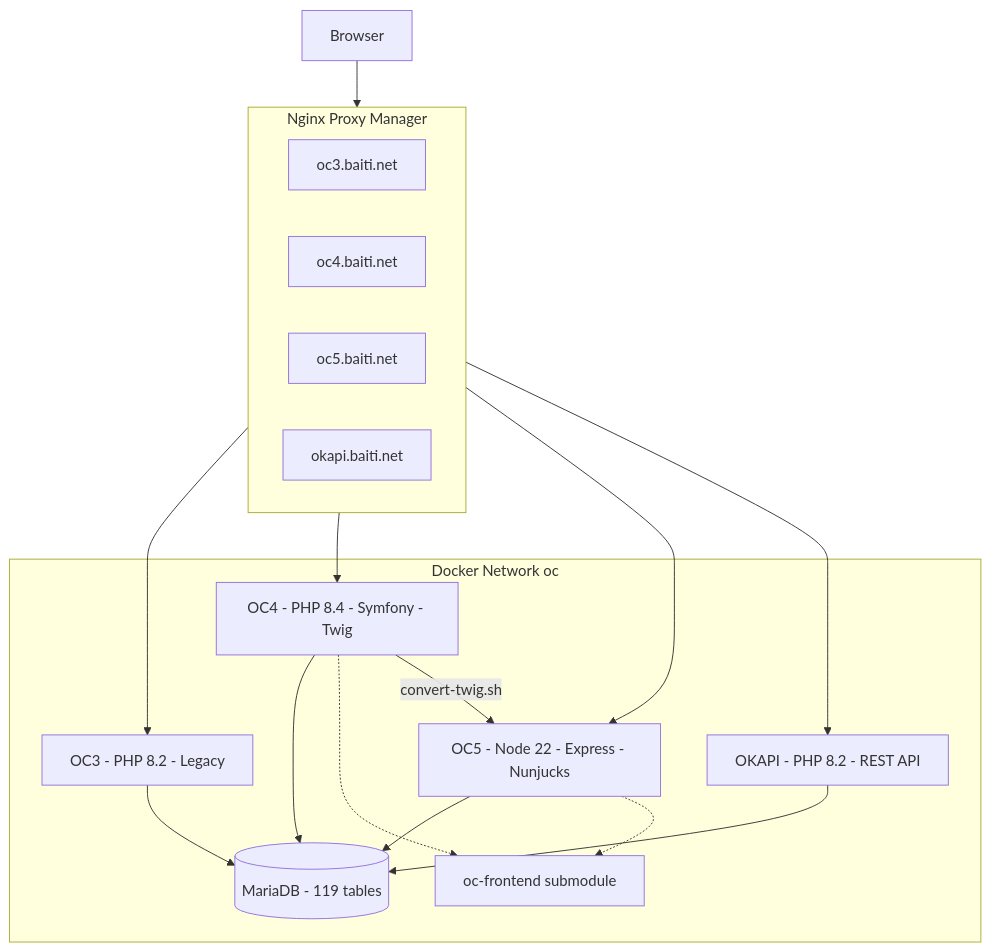
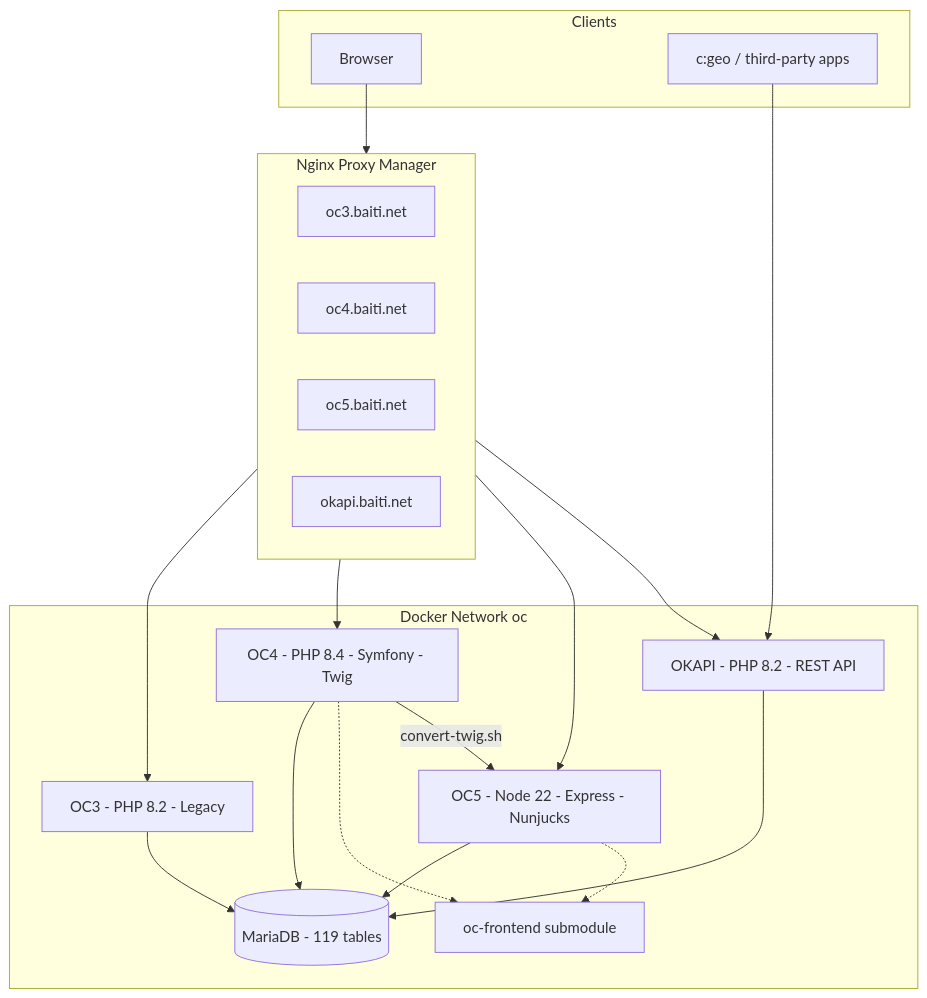
The first of 4 diagrams in public/docs/architecture.md (hxdimpf/oc5), drawn with Mermaid before and after one commit. The commit also changed other lines of this file, not shown here.

Commit message:
docs: sync — c:geo client and OKAPI explanation

````diff
--- a/public/docs/architecture.md
+++ b/public/docs/architecture.md
@@ -9,29 +9,34 @@
 ```mermaid
 flowchart TD
     U[Browser] --> NPM
+    CLIENT[c:geo / third-party apps] --> D
     NPM --> A
     NPM --> B
     NPM --> C
     NPM --> D
     A --> E
     B --> E
     C --> E
     D --> E
     B -.-> F
     C -.-> F
     B -->|convert-twig.sh| C
+    subgraph Clients
+        U
+        CLIENT
+    end
     subgraph NPM[Nginx Proxy Manager]
         R1[oc3.baiti.net]
         R2[oc4.baiti.net]
         R3[oc5.baiti.net]
         R4[okapi.baiti.net]
     end
     subgraph OC[Docker Network oc]
         A[OC3 - PHP 8.2 - Legacy]
         B[OC4 - PHP 8.4 - Symfony - Twig]
         C[OC5 - Node 22 - Express - Nunjucks]
         D[OKAPI - PHP 8.2 - REST API]
         E[(MariaDB - 119 tables)]
         F[oc-frontend submodule]
     end
 ```
````
